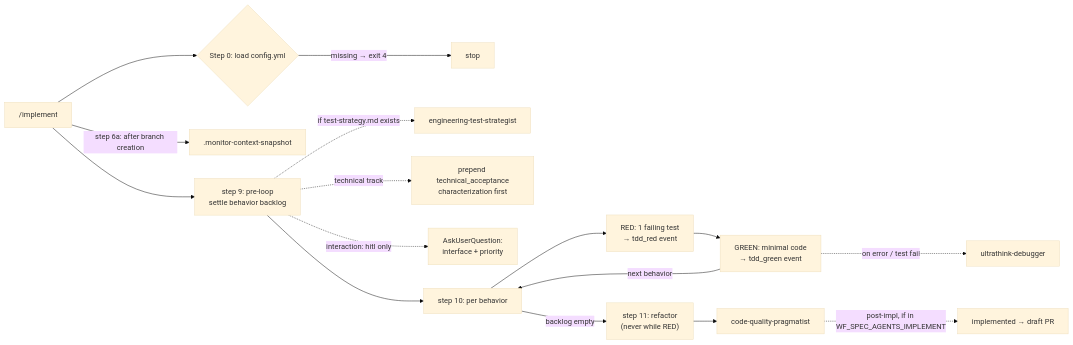
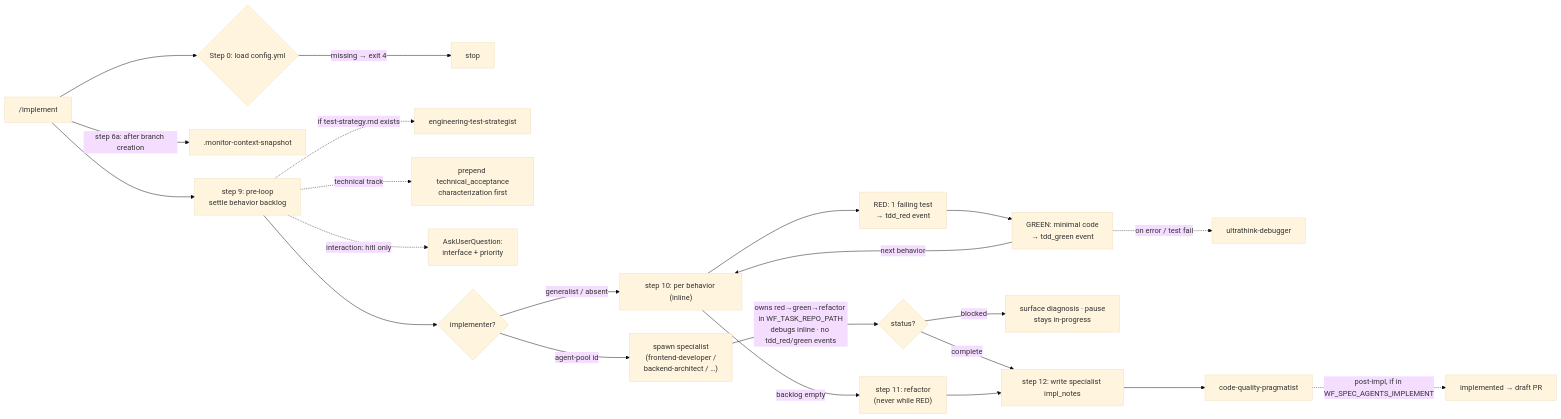
One commit to AlarQ/SDD-hub changed the eighth of 14 diagrams in docs/workflow-diagram.md. Above: the diagram before and after it, drawn with Mermaid (base theme). The commit also changed other lines of this file and 9 other files, not shown here.

First line of the commit message:
feat: delegate /implement TDD loop to per-task specialist subagent

````diff
--- a/docs/workflow-diagram.md
+++ b/docs/workflow-diagram.md
@@ -348,18 +348,24 @@
 ```mermaid
 graph LR
     IM["/implement"] --> CFG0{Step 0: load config.yml}
     CFG0 -->|missing → exit 4| STOP_IM[stop]
     IM -->|step 6a: after branch creation| SNAP[.monitor-context-snapshot]
     IM --> S9["step 9: pre-loop<br/>settle behavior backlog"]
     S9 -.->|if test-strategy.md exists| TSG[engineering-test-strategist]
     S9 -.->|technical track| TAP[prepend technical_acceptance<br/>characterization first]
     S9 -.->|interaction: hitl only| HITL[AskUserQuestion:<br/>interface + priority]
-    S9 --> LOOP["step 10: per behavior"]
+    S9 --> IMPL{implementer?}
+    IMPL -->|generalist / absent| LOOP["step 10: per behavior (inline)"]
+    IMPL -->|agent-pool id| SPEC["spawn specialist<br/>(frontend-developer /<br/>backend-architect / …)"]
     LOOP --> RED["RED: 1 failing test<br/>→ tdd_red event"]
     RED --> GREEN["GREEN: minimal code<br/>→ tdd_green event"]
     GREEN -.->|on error / test fail| UD[ultrathink-debugger]
     GREEN -->|next behavior| LOOP
     LOOP -->|backlog empty| RF["step 11: refactor<br/>(never while RED)"]
-    RF --> CQP2[code-quality-pragmatist]
+    SPEC -->|"owns red→green→refactor in WF_TASK_REPO_PATH<br/>debugs inline · no tdd_red/green events"| SR{status?}
+    SR -->|blocked| PAUSE[surface diagnosis · pause<br/>stays in-progress]
+    SR -->|complete| ST12[step 12: write specialist impl_notes]
+    RF --> ST12
+    ST12 --> CQP2[code-quality-pragmatist]
     CQP2 -.->|post-impl, if in WF_SPEC_AGENTS_IMPLEMENT| DONE[implemented → draft PR]
 ```
````
